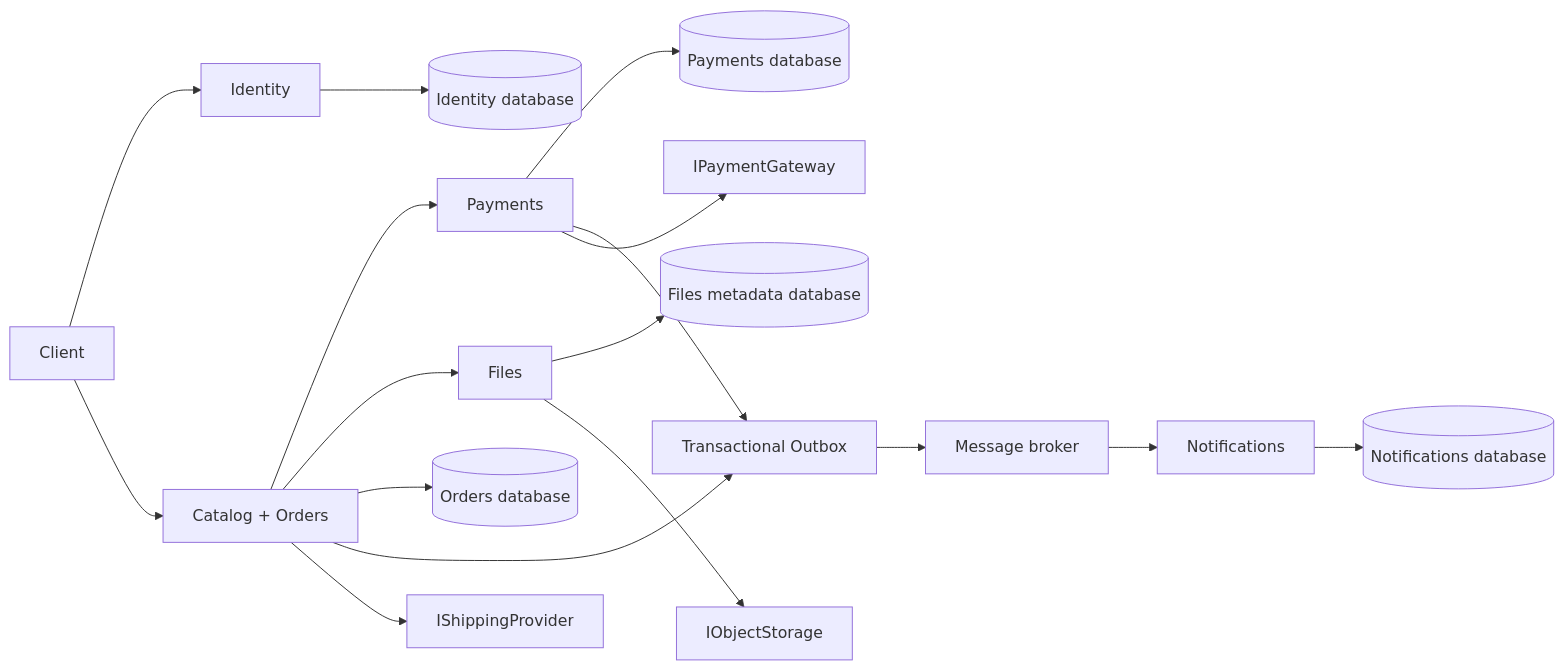
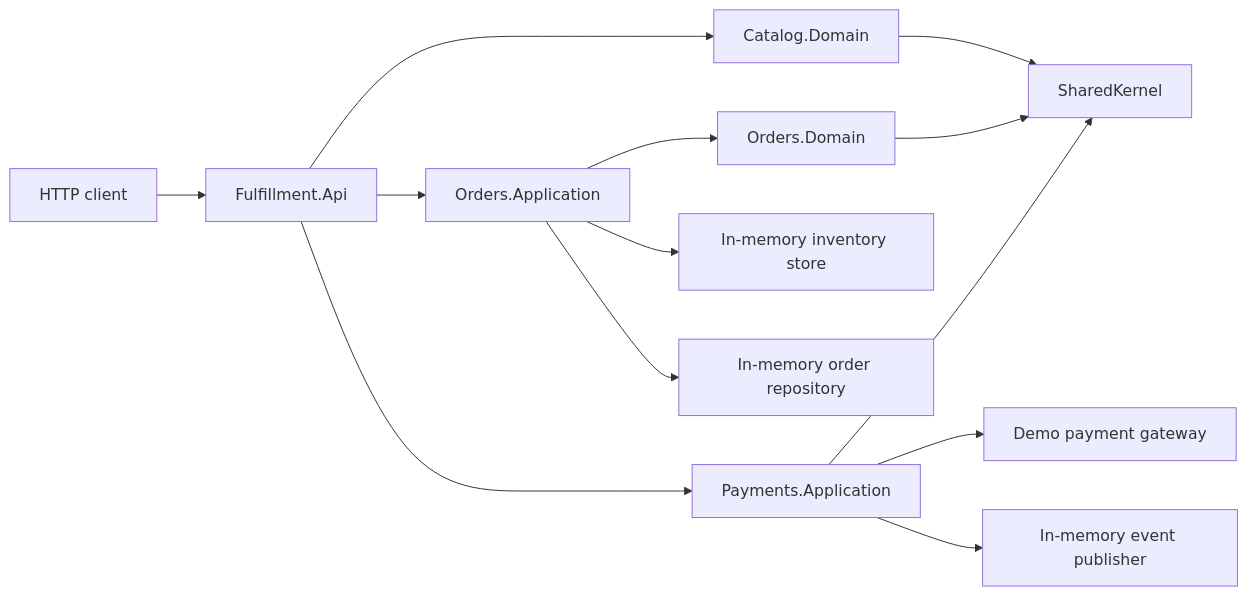
Before and after one commit to 1babii1/fulfillment-platform-backend: the first of 2 diagrams in docs/architecture/overview.md, drawn with Mermaid. The commit also changed other lines of this file and 7 other files, not shown here.

Commit message:
docs(architecture): align implemented capabilities (#15)

````diff
--- a/docs/architecture/overview.md
+++ b/docs/architecture/overview.md
@@ -11,21 +13,15 @@
 ```mermaid
 flowchart LR
-    Client[Client] --> Identity[Identity]
-    Client --> CatalogOrders[Catalog + Orders]
-    CatalogOrders --> Payments[Payments]
-    CatalogOrders --> Files[Files]
-    CatalogOrders --> OrderDb[(Orders database)]
-    Identity --> IdentityDb[(Identity database)]
-    Payments --> PaymentsDb[(Payments database)]
-    Files --> FilesDb[(Files metadata database)]
-
-    CatalogOrders --> Outbox[Transactional Outbox]
-    Payments --> Outbox
-    Outbox --> Broker[Message broker]
-    Broker --> Notifications[Notifications]
-    Notifications --> NotificationsDb[(Notifications database)]
-
-    Payments --> PaymentGateway[IPaymentGateway]
-    CatalogOrders --> ShippingProvider[IShippingProvider]
-    Files --> ObjectStorage[IObjectStorage]
+    Client[HTTP client] --> Api[Fulfillment.Api]
+    Api --> Catalog[Catalog.Domain]
+    Api --> OrdersApp[Orders.Application]
+    OrdersApp --> Orders[Orders.Domain]
+    OrdersApp --> Inventory[In-memory inventory store]
+    OrdersApp --> OrderRepository[In-memory order repository]
+    Api --> Payments[Payments.Application]
+    Payments --> Gateway[Demo payment gateway]
+    Payments --> Events[In-memory event publisher]
+    Catalog --> Shared[SharedKernel]
+    Orders --> Shared
+    Payments --> Shared
 ```
````
